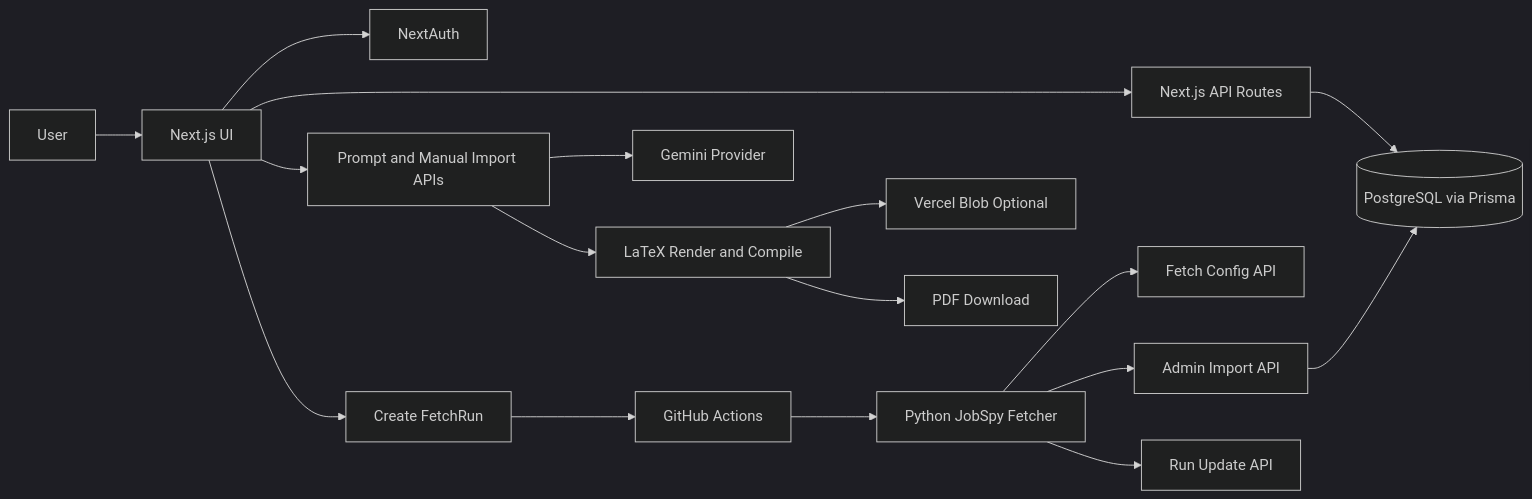
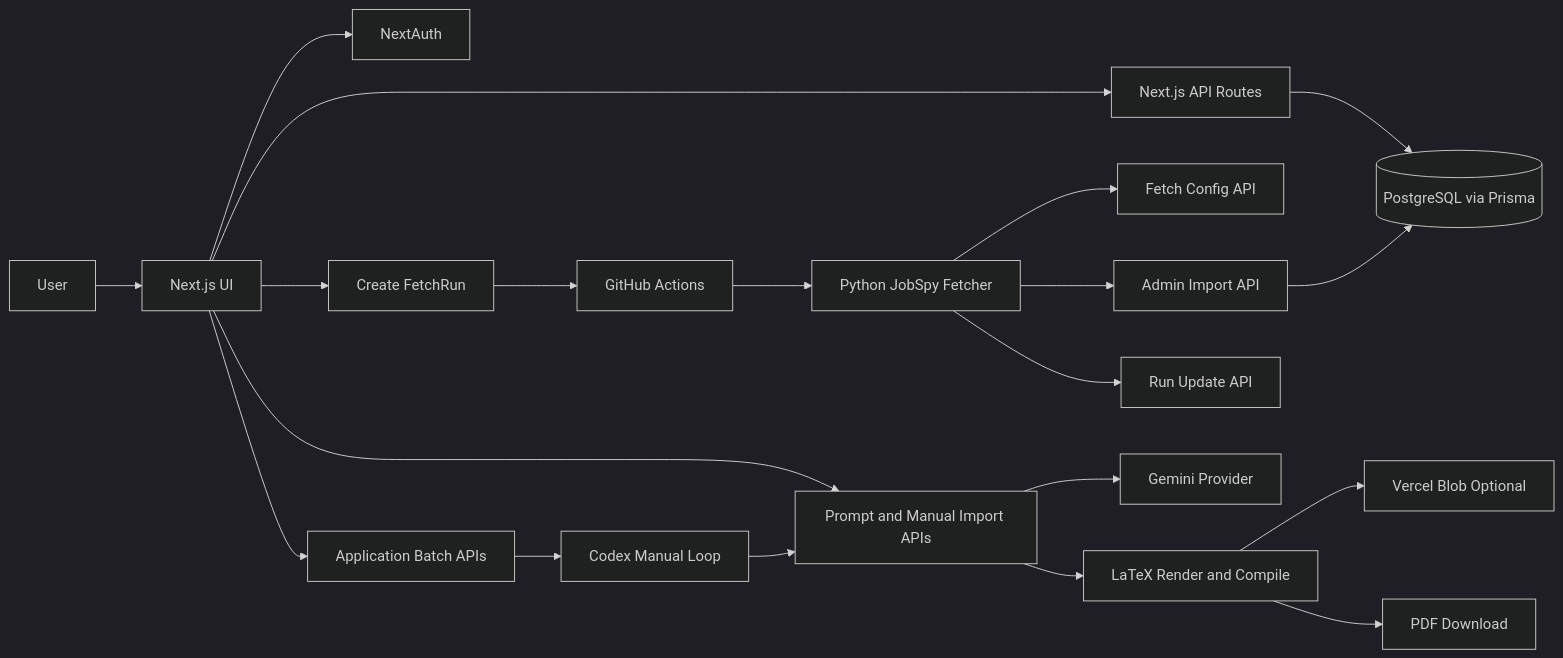
Before and after one commit to ShousenZHANG/jobflow-web: the diagram in README.md, drawn with Mermaid (dark theme). The commit also changed other lines of this file and 3 other files, not shown here.

Commit message:
feat(workflow): align codex batch docs and persist cover PDFs in manual-generate

````diff
--- a/README.md
+++ b/README.md
@@ -100,21 +108,24 @@
 ```mermaid
 flowchart LR
   U[User] --> FE[Next.js UI]
   FE --> API[Next.js API Routes]
   API --> DB[(PostgreSQL via Prisma)]
   FE --> AUTH[NextAuth]
 
   FE --> FR[Create FetchRun]
   FR --> GH[GitHub Actions]
   GH --> PY[Python JobSpy Fetcher]
   PY --> CFG[Fetch Config API]
   PY --> IMP[Admin Import API]
   PY --> UPD[Run Update API]
   IMP --> DB
 
   FE --> AIPATH[Prompt and Manual Import APIs]
   AIPATH --> GM[Gemini Provider]
   AIPATH --> PDF[LaTeX Render and Compile]
   PDF --> BLOB[Vercel Blob Optional]
   PDF --> DL[PDF Download]
+  FE --> BATCH[Application Batch APIs]
+  BATCH --> CODX[Codex Manual Loop]
+  CODX --> AIPATH
 ```
````
